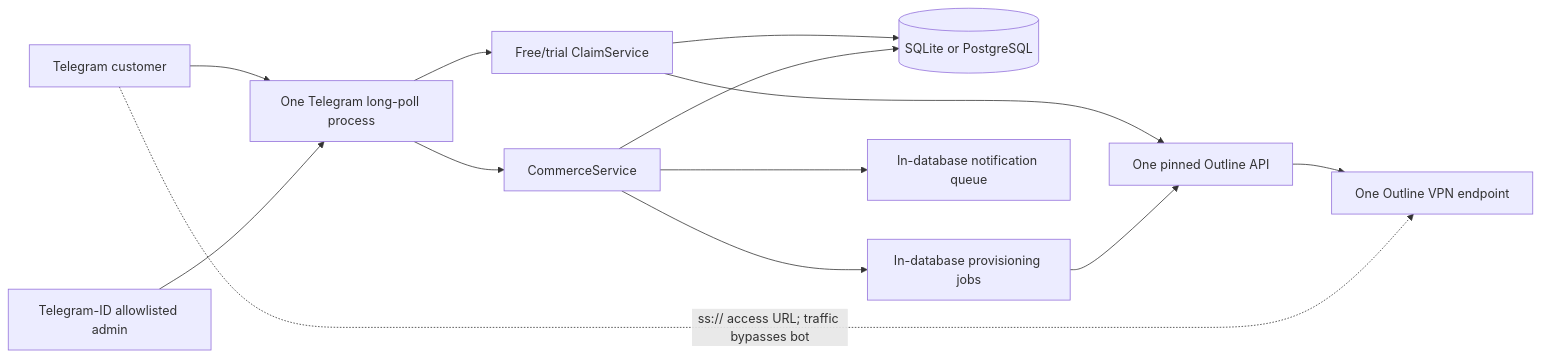
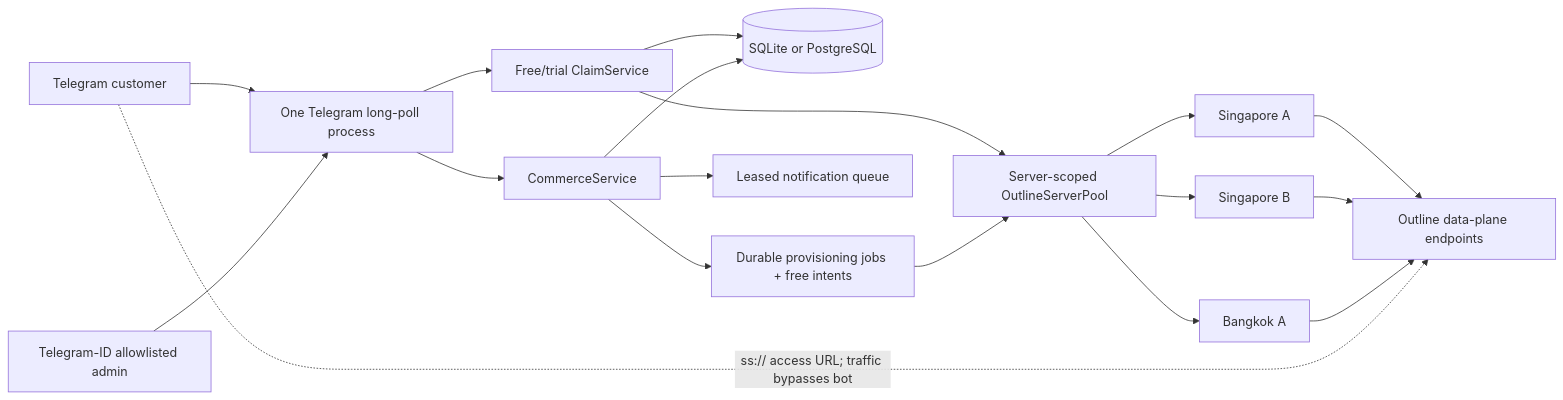
Before and after one commit to minthanthtoo/aurix-telegram-bot: the first of 2 diagrams in docs/deep-study-v13-codebase-gap-analysis.md, drawn with Mermaid. The commit also changed other lines of this file, not shown here.

Commit message:
Align architecture study with current fleet state

````diff
--- a/docs/deep-study-v13-codebase-gap-analysis.md
+++ b/docs/deep-study-v13-codebase-gap-analysis.md
@@ -83,15 +83,18 @@
 ```mermaid
 flowchart LR
     Customer["Telegram customer"] --> Bot["One Telegram long-poll process"]
     Admin["Telegram-ID allowlisted admin"] --> Bot
     Bot --> Claims["Free/trial ClaimService"]
     Bot --> Commerce["CommerceService"]
     Claims --> DB[("SQLite or PostgreSQL")]
     Commerce --> DB
-    Commerce --> Jobs["In-database provisioning jobs"]
-    Commerce --> Notifications["In-database notification queue"]
-    Claims --> Outline["One pinned Outline API"]
-    Jobs --> Outline
-    Outline --> DataPlane["One Outline VPN endpoint"]
+    Commerce --> Jobs["Durable provisioning jobs + free intents"]
+    Commerce --> Notifications["Leased notification queue"]
+    Claims --> Pool["Server-scoped OutlineServerPool"]
+    Jobs --> Pool
+    Pool --> SG["Singapore A"]
+    Pool --> SG2["Singapore B"]
+    Pool --> BKK["Bangkok A"]
+    SG & SG2 & BKK --> DataPlane["Outline data-plane endpoints"]
     Customer -. "ss:// access URL; traffic bypasses bot" .-> DataPlane
 ```
````
